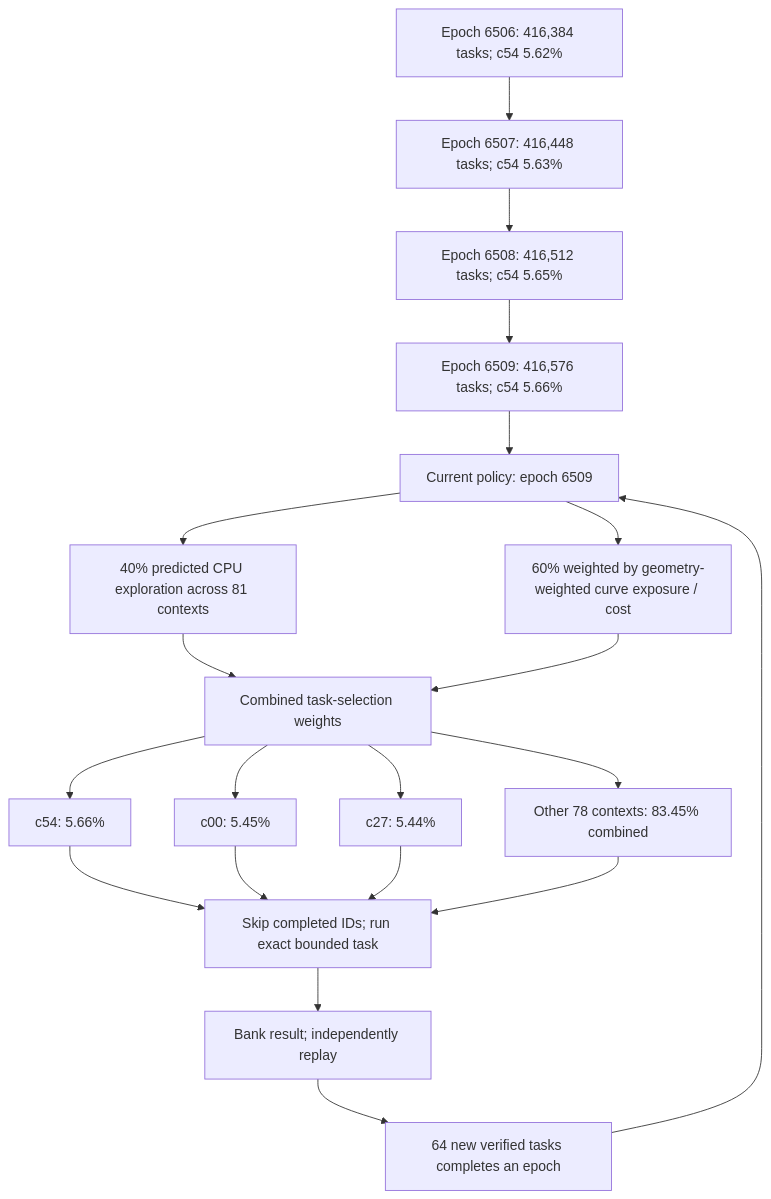
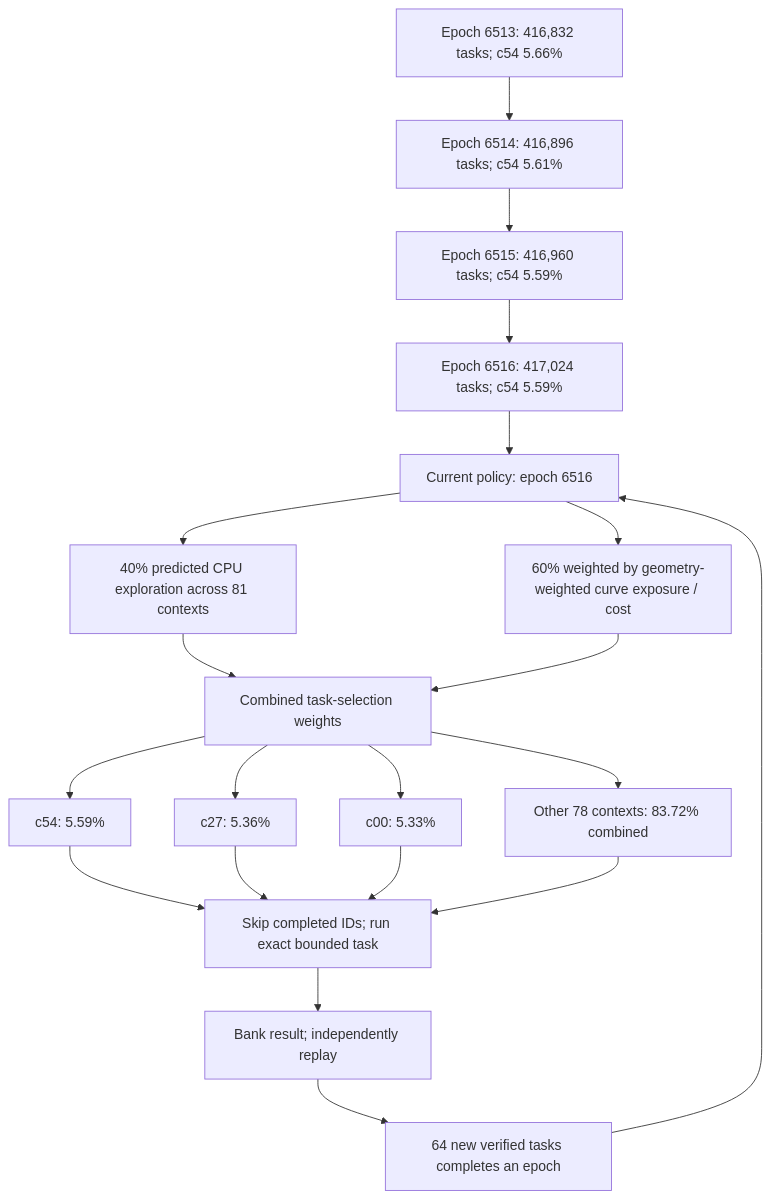
The first of 4 diagrams in README.md (Kuberwastaken/math-gambling), drawn with Mermaid before and after one commit. The commit also changed other lines of this file and 925 other files, not shown here.

````diff
--- a/README.md
+++ b/README.md
@@ -60,27 +60,27 @@
 ```mermaid
 flowchart TD
-    H0["Epoch 6506: 416,384 tasks; c54 5.62%"]
-    H1["Epoch 6507: 416,448 tasks; c54 5.63%"]
+    H0["Epoch 6513: 416,832 tasks; c54 5.66%"]
+    H1["Epoch 6514: 416,896 tasks; c54 5.61%"]
     H0 --> H1
-    H2["Epoch 6508: 416,512 tasks; c54 5.65%"]
+    H2["Epoch 6515: 416,960 tasks; c54 5.59%"]
     H1 --> H2
-    H3["Epoch 6509: 416,576 tasks; c54 5.66%"]
+    H3["Epoch 6516: 417,024 tasks; c54 5.59%"]
     H2 --> H3
-    Policy["Current policy: epoch 6509"]
+    Policy["Current policy: epoch 6516"]
     H3 --> Policy
     Policy --> Explore["40% predicted CPU exploration across 81 contexts"]
     Policy --> Cost["60% weighted by geometry-weighted curve exposure / cost"]
     Explore --> Mix["Combined task-selection weights"]
     Cost --> Mix
-    Mix --> C0["c54: 5.66%"]
-    Mix --> C1["c00: 5.45%"]
-    Mix --> C2["c27: 5.44%"]
-    Mix --> Rest["Other 78 contexts: 83.45% combined"]
+    Mix --> C0["c54: 5.59%"]
+    Mix --> C1["c27: 5.36%"]
+    Mix --> C2["c00: 5.33%"]
+    Mix --> Rest["Other 78 contexts: 83.72% combined"]
     C0 --> Check["Skip completed IDs; run exact bounded task"]
     C1 --> Check
     C2 --> Check
     Rest --> Check
     Check --> Replay["Bank result; independently replay"]
     Replay --> Gate["64 new verified tasks completes an epoch"]
     Gate --> Policy
 ```
````
